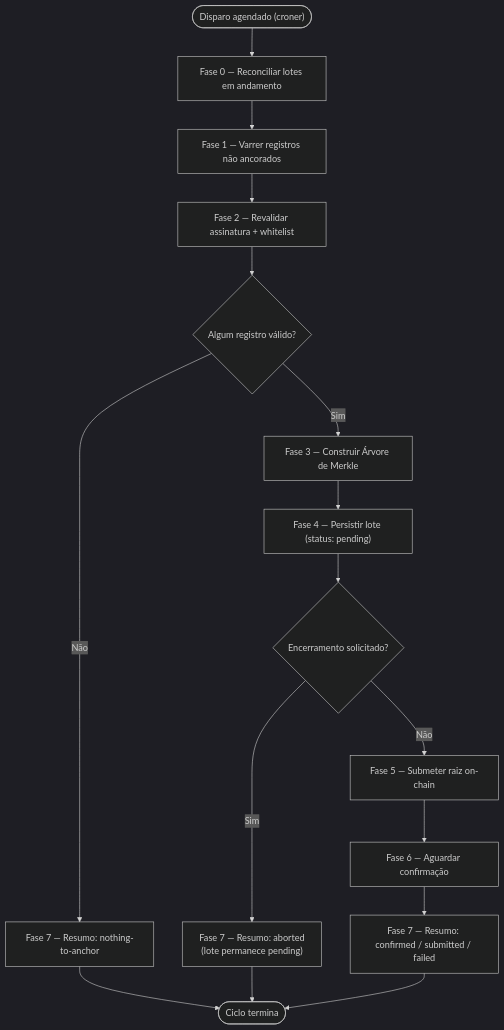
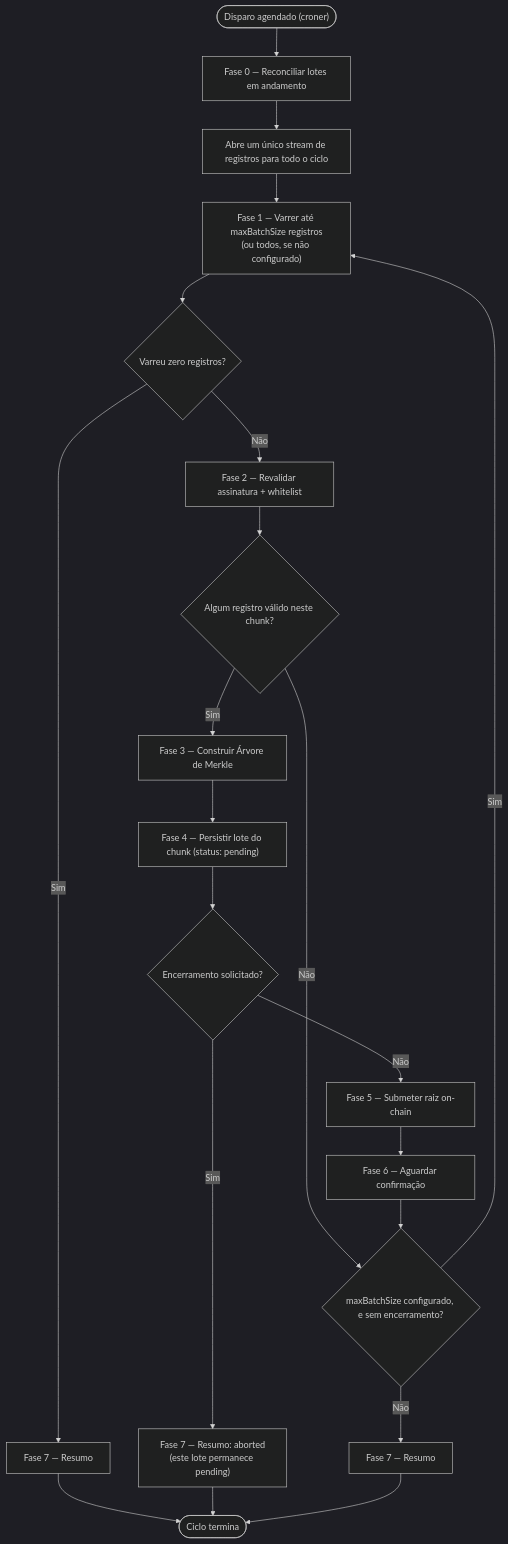
The diagram in docs/pt-br/ANCHOR_SERVICE_EXECUTION_CYCLE.md (DanielCorbellini/madis), drawn with Mermaid (dark theme) before and after one commit. The commit also changed other lines of this file and 1 other file, not shown here.

Commit message:
docs(anchor-service): update the documentation to describe how ANCHOR_MAX_BATCH_SIZE works

````diff
--- a/docs/pt-br/ANCHOR_SERVICE_EXECUTION_CYCLE.md
+++ b/docs/pt-br/ANCHOR_SERVICE_EXECUTION_CYCLE.md
@@ -52,18 +52,23 @@
 ```mermaid
 flowchart TD
     Start(["Disparo agendado (croner)"]) --> P0["Fase 0 — Reconciliar lotes em andamento"]
-    P0 --> P1["Fase 1 — Varrer registros não ancorados"]
-    P1 --> P2["Fase 2 — Revalidar assinatura + whitelist"]
-    P2 --> D1{"Algum registro válido?"}
-    D1 -- Não --> S1["Fase 7 — Resumo: nothing-to-anchor"]
+    P0 --> Open["Abre um único stream de registros para todo o ciclo"]
+    Open --> P1["Fase 1 — Varrer até maxBatchSize registros<br/>(ou todos, se não configurado)"]
+    P1 --> D0{"Varreu zero registros?"}
+    D0 -- Sim --> S1["Fase 7 — Resumo"]
+    D0 -- Não --> P2["Fase 2 — Revalidar assinatura + whitelist"]
+    P2 --> D1{"Algum registro válido neste chunk?"}
+    D1 -- Não --> D3
     D1 -- Sim --> P3["Fase 3 — Construir Árvore de Merkle"]
-    P3 --> P4["Fase 4 — Persistir lote (status: pending)"]
+    P3 --> P4["Fase 4 — Persistir lote do chunk (status: pending)"]
     P4 --> D2{"Encerramento solicitado?"}
-    D2 -- Sim --> S2["Fase 7 — Resumo: aborted<br/>(lote permanece pending)"]
+    D2 -- Sim --> S2["Fase 7 — Resumo: aborted<br/>(este lote permanece pending)"]
     D2 -- Não --> P5["Fase 5 — Submeter raiz on-chain"]
     P5 --> P6["Fase 6 — Aguardar confirmação"]
-    P6 --> S3["Fase 7 — Resumo: confirmed / submitted / failed"]
+    P6 --> D3{"maxBatchSize configurado, e sem encerramento?"}
+    D3 -- Sim --> P1
+    D3 -- Não --> S3["Fase 7 — Resumo"]
     S1 --> End(["Ciclo termina"])
     S2 --> End
     S3 --> End
 ```
````
